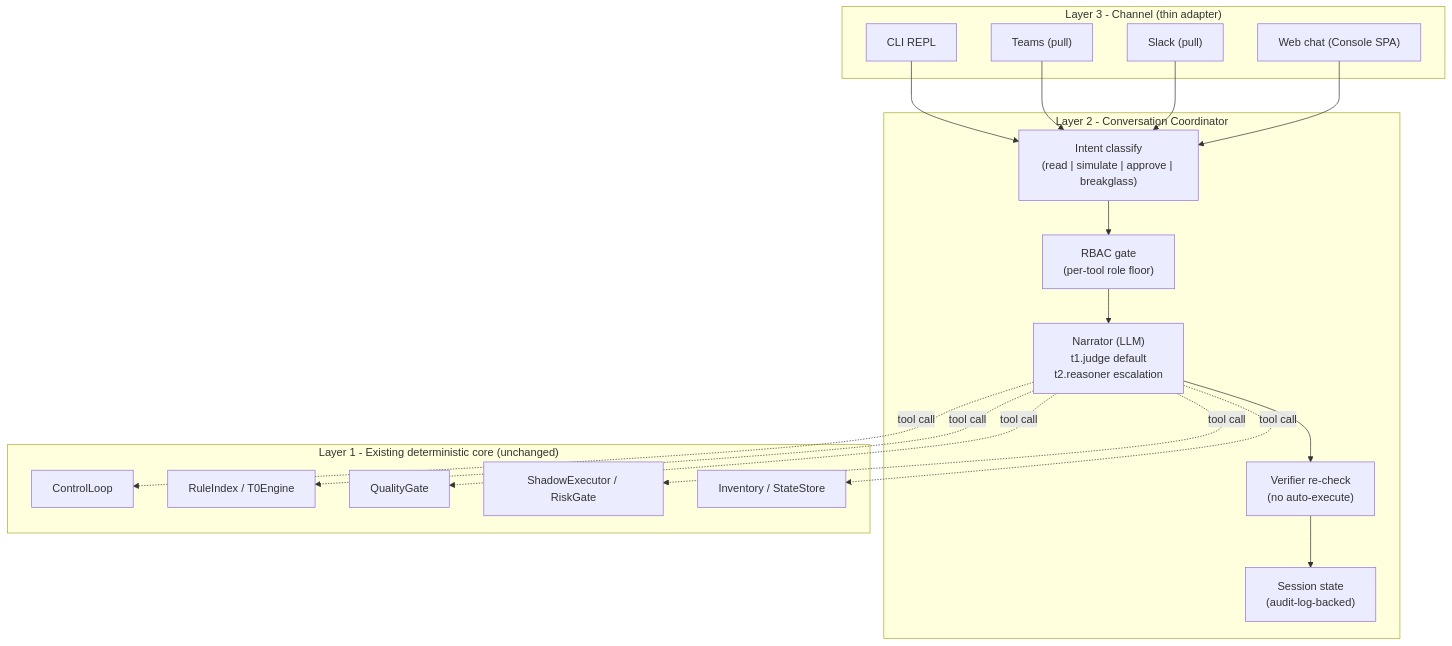
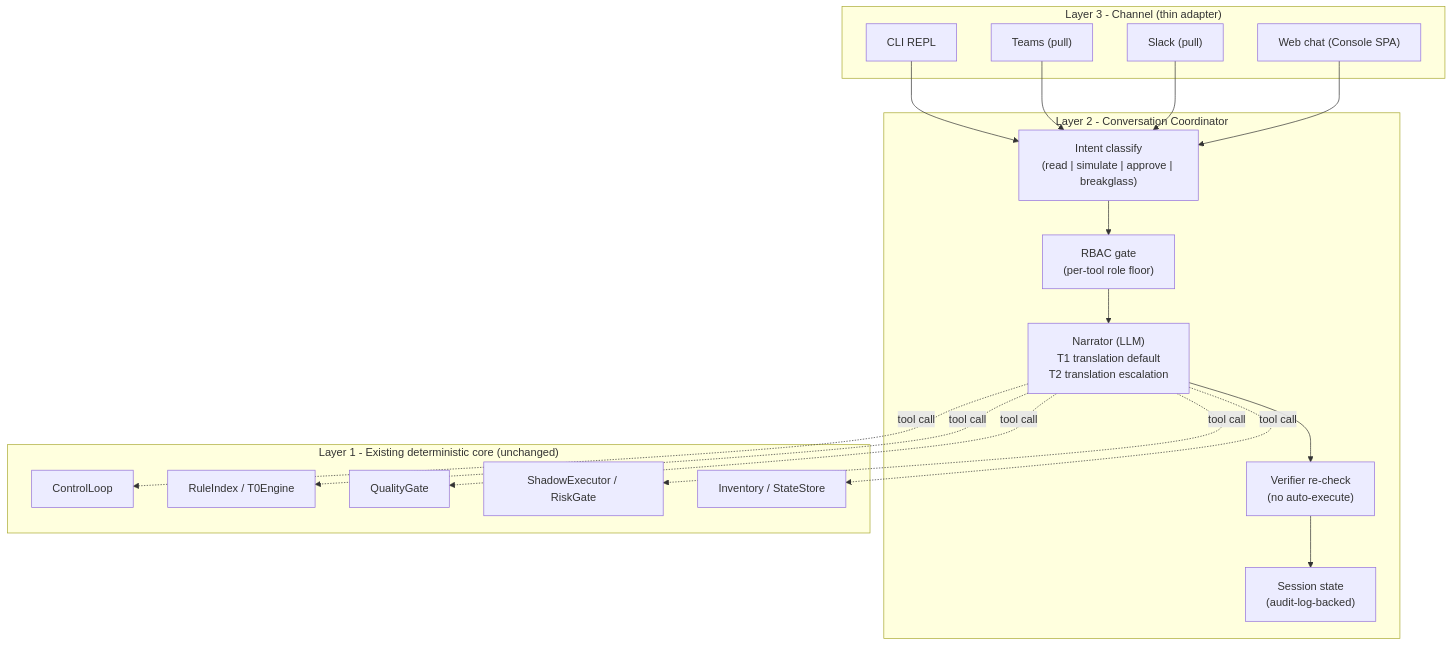
The diagram in docs/roadmap/interfaces/operator-console-ko.md (dotnetpower/fdai), drawn with Mermaid before and after one commit. The commit also changed other lines of this file and 3 other files, not shown here.

````diff
--- a/docs/roadmap/interfaces/operator-console-ko.md
+++ b/docs/roadmap/interfaces/operator-console-ko.md
@@ -86,33 +86,33 @@
 ```mermaid
 flowchart TD
   subgraph L3["Layer 3 - Channel (thin adapter)"]
     CLI["CLI REPL"]
     TEAMS_PULL["Teams (pull)"]
     SLACK_PULL["Slack (pull)"]
     WEB["Web chat (Console SPA)"]
   end
   subgraph L2["Layer 2 - Conversation Coordinator"]
-    NARR["Narrator (LLM)\nt1.judge default\nt2.reasoner escalation"]
+    NARR["Narrator (LLM)\nT1 translation default\nT2 translation escalation"]
     INTENT["Intent classify\n(read | simulate | approve | breakglass)"]
     RBAC["RBAC gate\n(per-tool role floor)"]
     VERIF["Verifier re-check\n(no auto-execute)"]
     SESS["Session state\n(audit-log-backed)"]
   end
   subgraph L1["Layer 1 - Existing deterministic core (unchanged)"]
     CL["ControlLoop"]
     RULES["RuleIndex / T0Engine"]
     QG["QualityGate"]
     EXEC["ShadowExecutor / RiskGate"]
     INV["Inventory / StateStore"]
   end
   CLI --> INTENT
   TEAMS_PULL --> INTENT
   SLACK_PULL --> INTENT
   WEB --> INTENT
   INTENT --> RBAC --> NARR --> VERIF --> SESS
   NARR -.tool call.-> CL
   NARR -.tool call.-> RULES
   NARR -.tool call.-> QG
   NARR -.tool call.-> EXEC
   NARR -.tool call.-> INV
 ```
````
